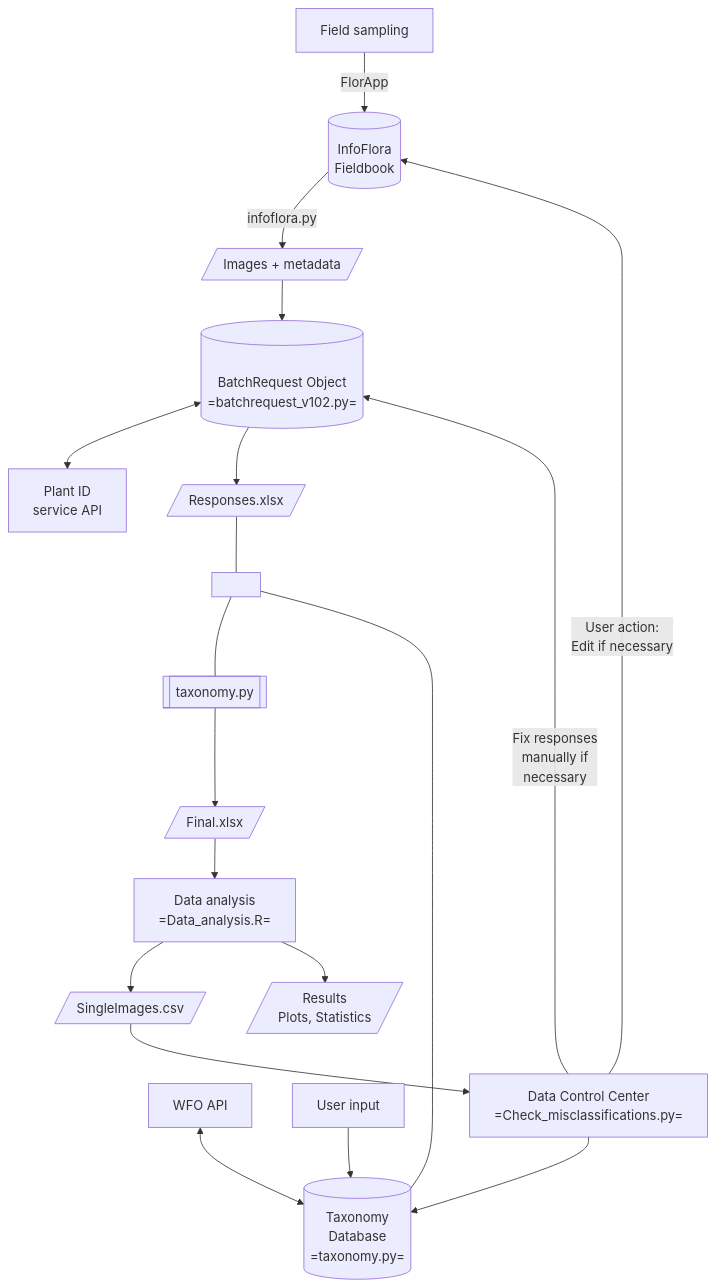
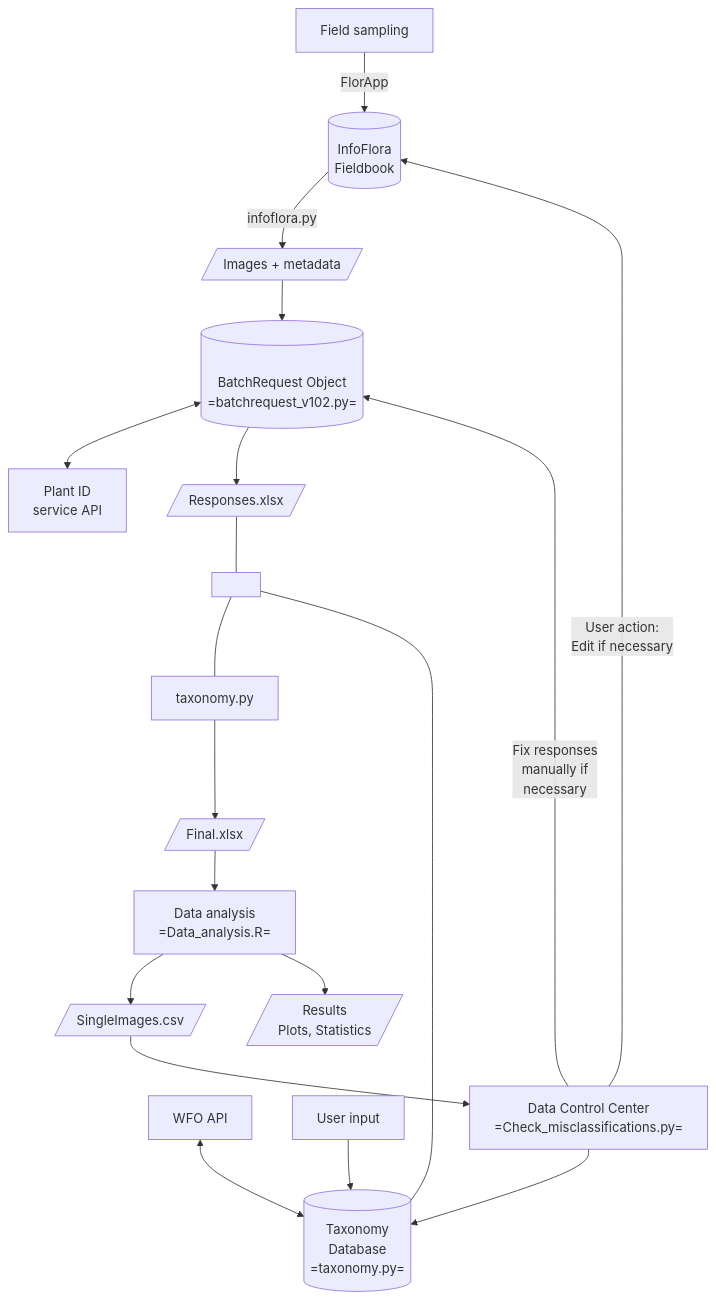
Before and after one commit to ManuelPopp/SwissPlantCV: the diagram in README.md, drawn with Mermaid.

````diff
--- a/README.md
+++ b/README.md
@@ -5,22 +5,22 @@
 ```mermaid
 graph TD
     A[Field sampling] --> |FlorApp| B[(InfoFlora\nFieldbook)]
     B --> |infoflora.py| C[/Images + metadata/]
     D[(\nBatchRequest Object\n=batchrequest_v102.py=)] <--> E[Plant ID\nservice API]
     C --> D
     D --> F[/Responses.xlsx/]
     F --- G[" "]
-    G --- T[[taxonomy.py]]
+    G --- T["taxonomy.py"]
     T --> H[/Final.xlsx/]
     I[WFO API] <--> J[(Taxonomy\nDatabase\n=taxonomy.py=)]
     K[User input] --> J
     J --- G
     H --> X[Data analysis\n=Data_analysis.R=]
     X --> L[/SingleImages.csv/]
     L --> M[Data Control Center\n=Check_misclassifications.py=]
     M --> J
     M --> |Fix responses\nmanually if\nnecessary| D
     M --> |User action:\nEdit if necessary| B
     X --> Z[/Results\nPlots, Statistics/]
 classDef empty width:0px,height:0px;
 ```
````
